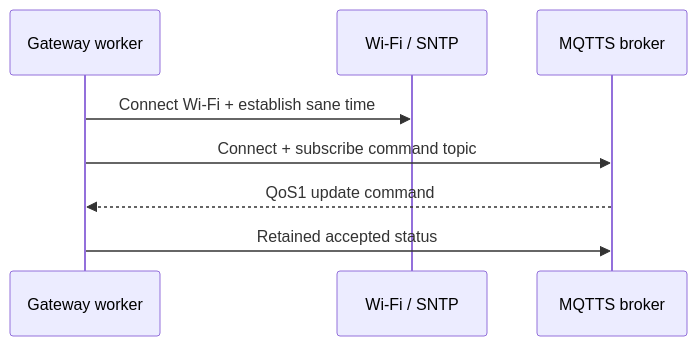
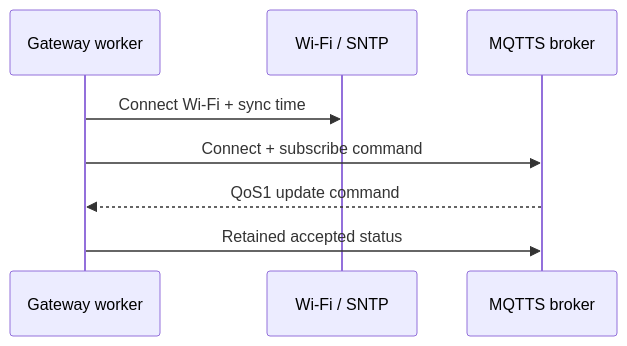
The first of 4 diagrams in gateway-esp32/README.md (haikevins/secure-delta-ota-bootloader), drawn with Mermaid before and after one commit. The commit also changed other lines of this file and 11 other files, not shown here.

````diff
--- a/gateway-esp32/README.md
+++ b/gateway-esp32/README.md
@@ -28,11 +28,11 @@
 ```mermaid
 sequenceDiagram
     participant G as Gateway worker
     participant W as Wi-Fi / SNTP
     participant M as MQTTS broker
 
-    G->>W: Connect Wi-Fi + establish sane time
-    G->>M: Connect + subscribe command topic
+    G->>W: Connect Wi-Fi + sync time
+    G->>M: Connect + subscribe command
     M-->>G: QoS1 update command
     G->>M: Retained accepted status
 ```
````
